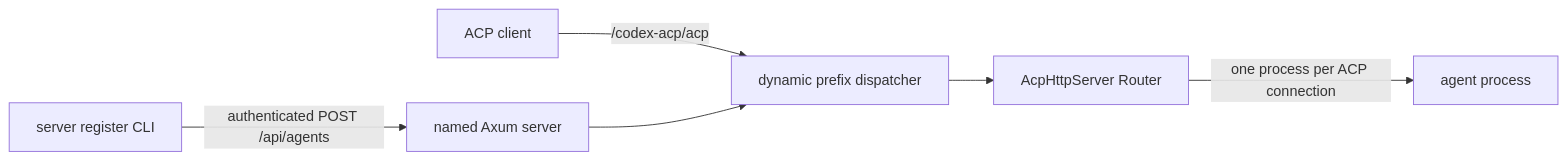
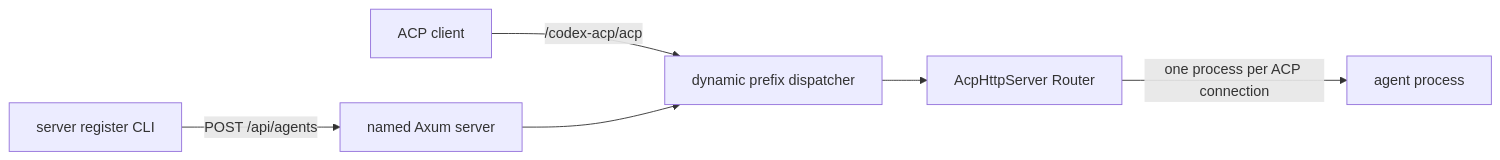
Before and after one commit to OpenInsightDev/acp-agent: the diagram in docs/named-server-pr-handoff.md, drawn with Mermaid. The commit also changed other lines of this file, not shown here.

Commit message:
docs: move server authentication scope to issue

````diff
--- a/docs/named-server-pr-handoff.md
+++ b/docs/named-server-pr-handoff.md
@@ -70,8 +69,8 @@
 ```mermaid
 flowchart LR
-    CLI["server register CLI"] -->|"authenticated POST /api/agents"| Server["named Axum server"]
+    CLI["server register CLI"] -->|"POST /api/agents"| Server["named Axum server"]
     Client["ACP client"] -->|"/codex-acp/acp"| Dispatch["dynamic prefix dispatcher"]
     Server --> Dispatch
     Dispatch --> Router["AcpHttpServer Router"]
     Router -->|"one process per ACP connection"| Agent["agent process"]
 ```
````
